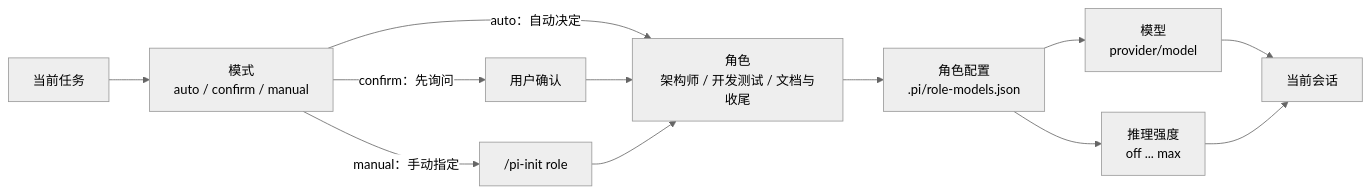
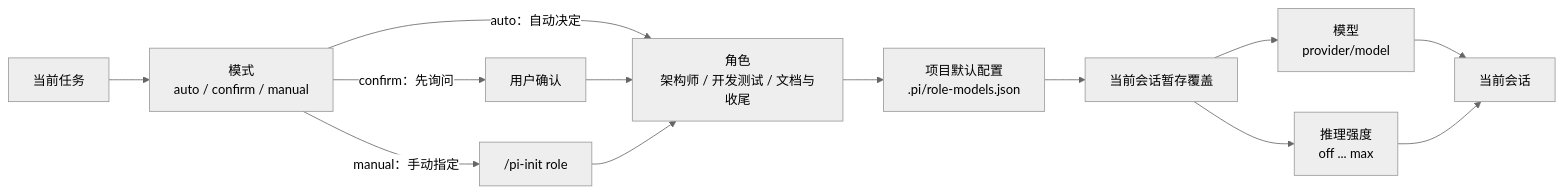
One commit to CGOSU/pi-init changed the diagram in README.md. Above: the diagram before and after it, drawn with Mermaid (neutral theme). The commit also changed other lines of this file and 15 other files, not shown here.

````diff
--- a/README.md
+++ b/README.md
@@ -139,14 +141,15 @@
 ```mermaid
 flowchart LR
   TASK[当前任务] --> MODE[模式<br/>auto / confirm / manual]
   MODE -->|auto：自动决定| ROLE[角色<br/>架构师 / 开发测试 / 文档与收尾]
   MODE -->|confirm：先询问| CONFIRM[用户确认]
   CONFIRM --> ROLE
   MODE -->|manual：手动指定| COMMAND["/pi-init role"]
   COMMAND --> ROLE
-  ROLE --> CONFIG[角色配置<br/>.pi/role-models.json]
-  CONFIG --> MODEL[模型<br/>provider/model]
-  CONFIG --> THINKING[推理强度<br/>off ... max]
+  ROLE --> CONFIG[项目默认配置<br/>.pi/role-models.json]
+  CONFIG --> OVERRIDE[当前会话暂存覆盖]
+  OVERRIDE --> MODEL[模型<br/>provider/model]
+  OVERRIDE --> THINKING[推理强度<br/>off ... max]
   MODEL --> SESSION[当前会话]
   THINKING --> SESSION
 ```
````
